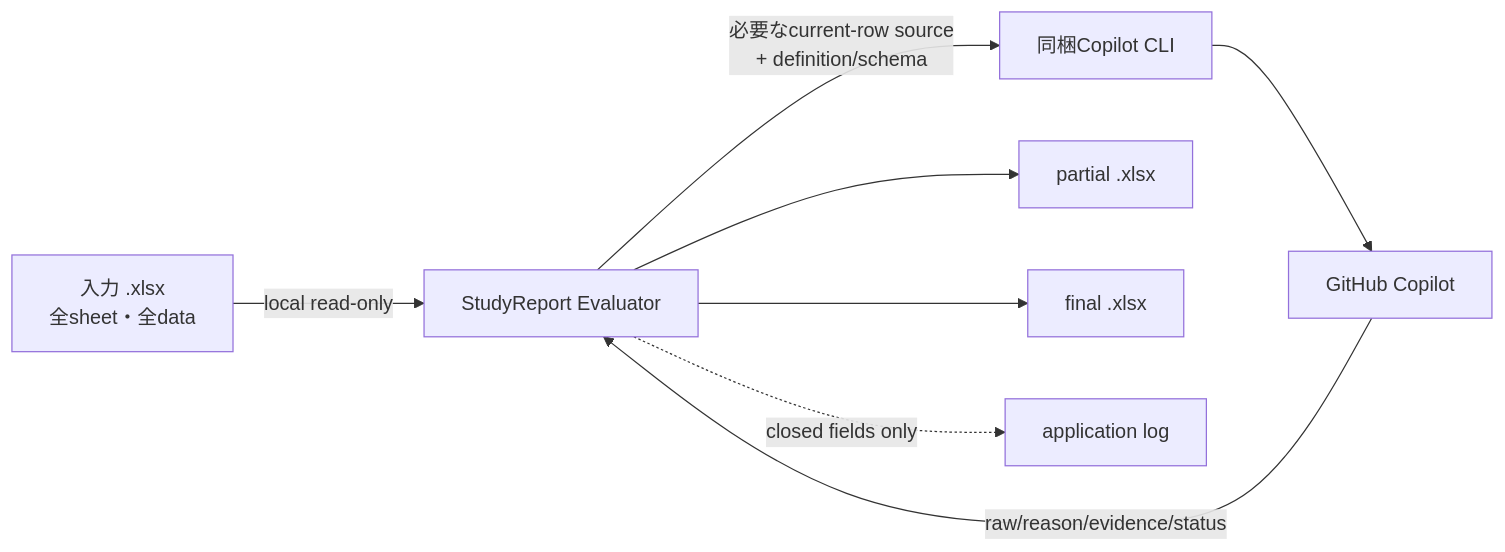
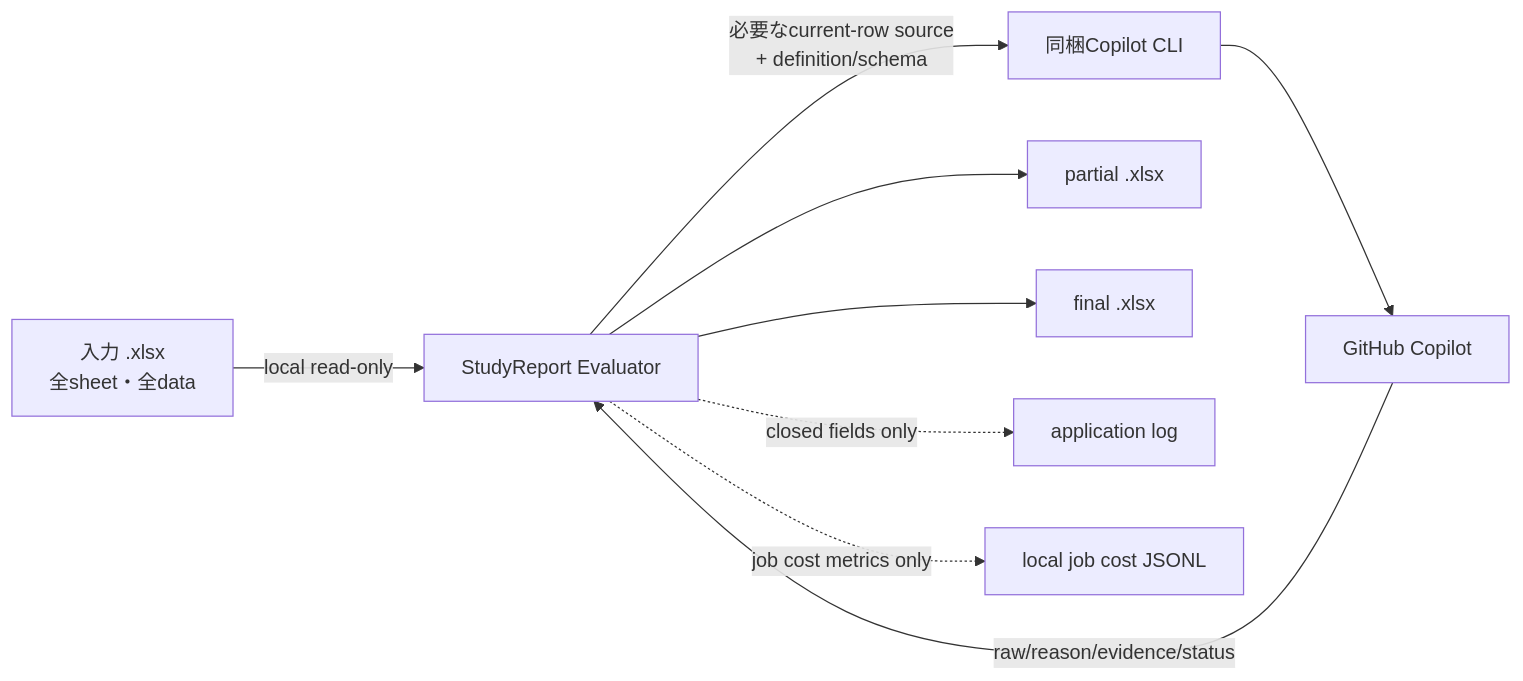
One commit to dahatake/StudyReport-Evaluator changed the diagram in docs/privacy-and-data-handling.md. Above: the diagram before and after it, drawn with Mermaid. The commit also changed other lines of this file and 59 other files, not shown here.

````diff
--- a/docs/privacy-and-data-handling.md
+++ b/docs/privacy-and-data-handling.md
@@ -11,10 +11,11 @@
 ```mermaid
 flowchart LR
     IN[入力 .xlsx\n全sheet・全data] -->|local read-only| APP[StudyReport Evaluator]
     APP -->|必要なcurrent-row source\n+ definition/schema| CLI[同梱Copilot CLI]
     CLI --> GH[GitHub Copilot]
     GH -->|raw/reason/evidence/status| APP
     APP --> PARTIAL[partial .xlsx]
     APP --> FINAL[final .xlsx]
     APP -. closed fields only .-> LOG[application log]
+    APP -. job cost metrics only .-> JOBLOG[local job cost JSONL]
 ```
````
